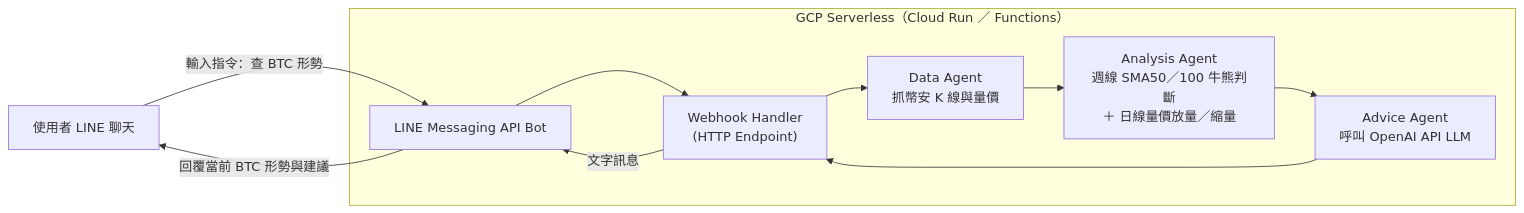
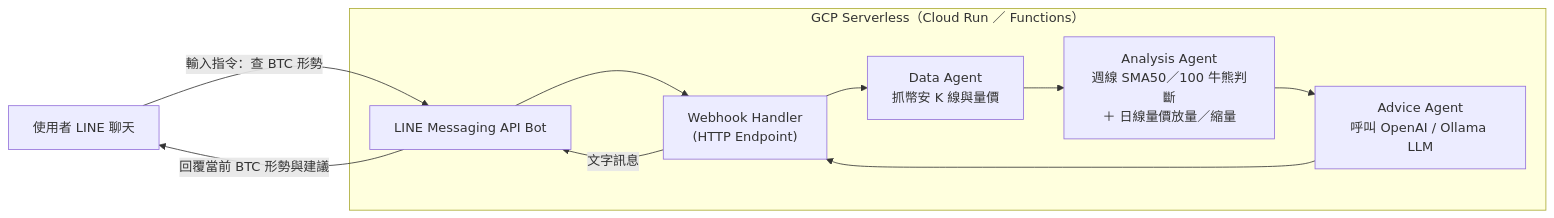
One commit to jiunjiun69/Crypto-AI-Agent-Framework changed the first of 3 diagrams in README.md. Above: the diagram before and after it, drawn with Mermaid. The commit also changed other lines of this file and 2 other files, not shown here.

`````diff
--- a/README.md
+++ b/README.md
@@ -37,15 +37,15 @@
 ```mermaid
 flowchart LR
     U["使用者 LINE 聊天"] -->|輸入指令：查 BTC 形勢| L["LINE Messaging API Bot"]
 
     subgraph GCP["GCP Serverless（Cloud Run ／ Functions）"]
         L --> W["Webhook Handler<br/>(HTTP Endpoint)"]
         W --> D["Data Agent<br/>抓幣安 K 線與量價"]
         D --> A["Analysis Agent<br/>週線 SMA50／100 牛熊判斷<br/>＋ 日線量價放量／縮量"]
-        A --> Adv["Advice Agent<br/>呼叫 OpenAI API LLM"]
+        A --> Adv["Advice Agent<br/>呼叫 OpenAI / Ollama LLM"]
         Adv --> W
     end
 
     W -->|文字訊息| L
     L -->|回覆當前 BTC 形勢與建議| U
 ````
`````
